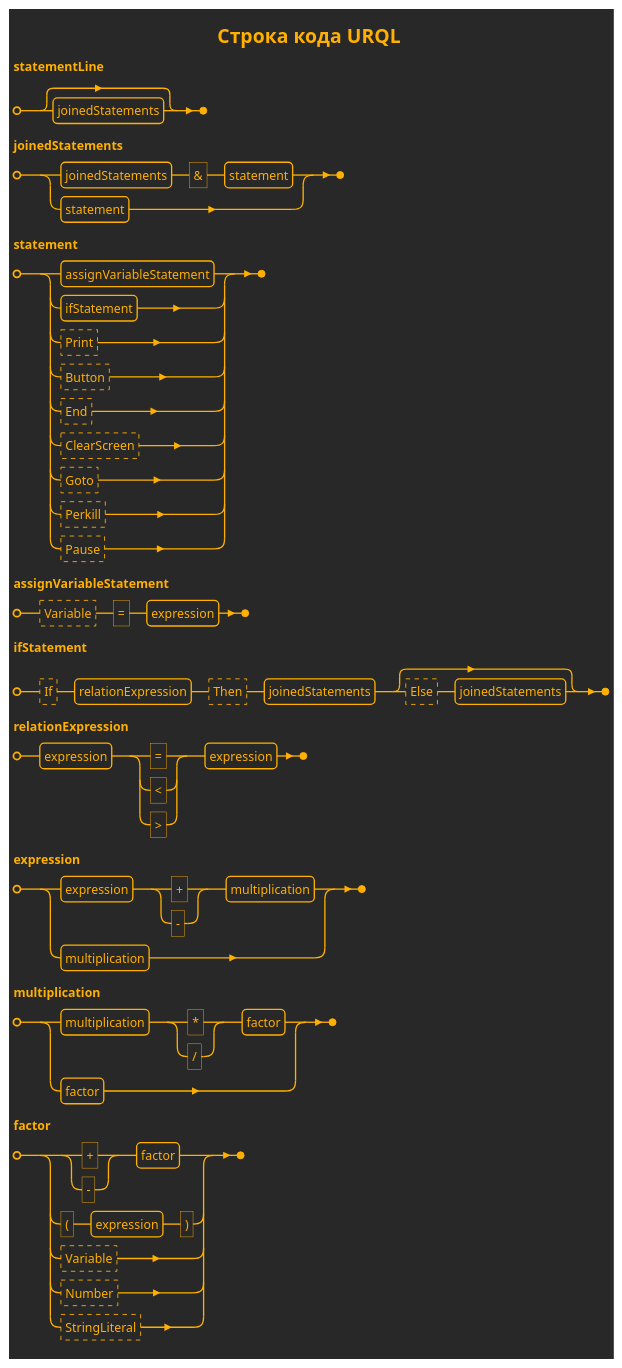
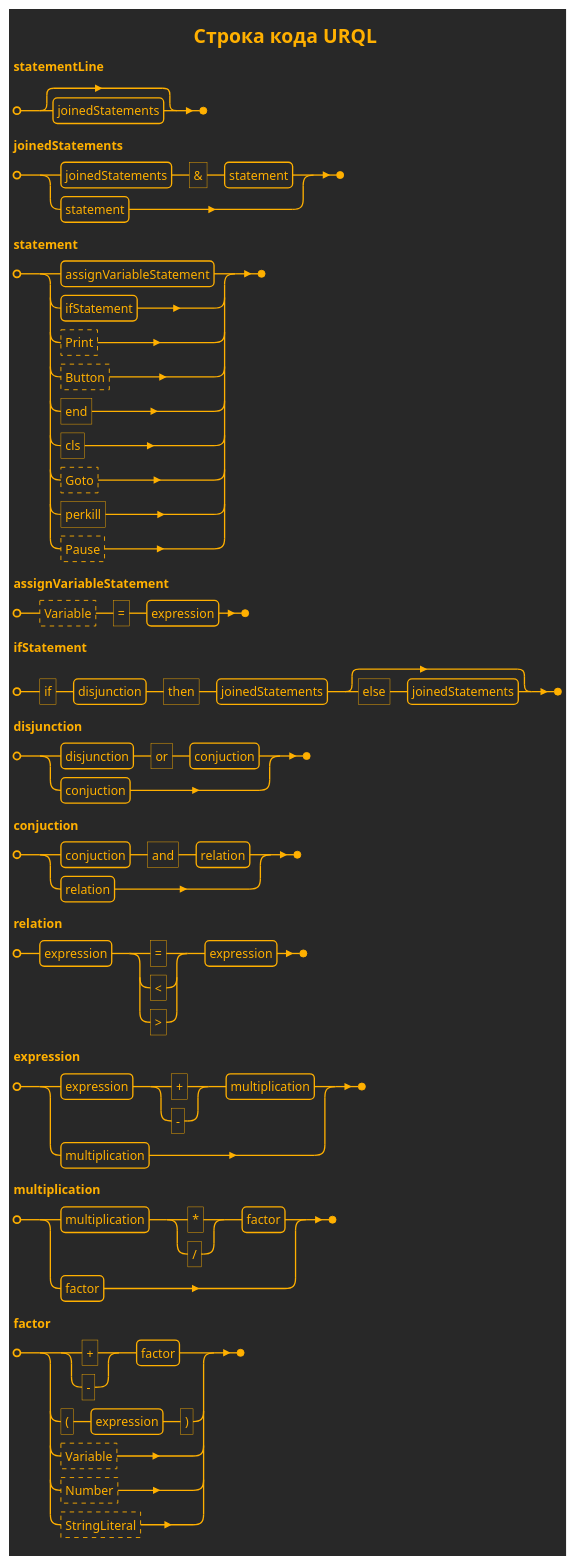
Before and after one commit to realsonic/MURQ: the first of 13 diagrams in Domain/MURQ.Domain/URQL/docs/URQL Lines Syntax.md, drawn with PlantUML. The commit also changed other lines of this file and 14 other files, not shown here.

````diff
--- a/Domain/MURQ.Domain/URQL/docs/URQL Lines Syntax.md
+++ b/Domain/MURQ.Domain/URQL/docs/URQL Lines Syntax.md
@@ -2,46 +2,54 @@
 ```plantuml
 @startebnf URQL Line
 !theme crt-amber
 ' skinparam monochrome reverse
 
 title Строка кода URQL
 
 statementLine = [ joinedStatements ];
 
 joinedStatements = 
       joinedStatements, '&', statement
     | statement;
 
 statement =
     assignVariableStatement
   | ifStatement
   | ?Print?
   | ?Button?
-  | ?End?
-  | ?ClearScreen?
+  | 'end'
+  | 'cls'
   | ?Goto?
-  | ?Perkill?
+  | 'perkill'
   | ?Pause?;
 
 assignVariableStatement = ?Variable?,  '=', expression;
 
-ifStatement = ?If?, relationExpression, ?Then?, joinedStatements, [ ?Else?, joinedStatements ];
+ifStatement = 'if', disjunction, 'then', joinedStatements, [ 'else', joinedStatements ];
 
-relationExpression = expression, ('=' | '<' | '>'), expression;
+disjunction =
+    disjunction, 'or', conjuction
+  | conjuction;
+
+conjuction =
+    conjuction, 'and', relation
+  | relation;
+
+relation = expression, ('=' | '<' | '>'), expression;
 
 expression =
     expression, ('+' | '-'), multiplication
   | multiplication;
 
 multiplication =
     multiplication, ('*' | "/"), factor
   | factor;
 
 factor =
     ('+' | '-'), factor
   | '(', expression, ')'
   | ?Variable?
   | ?Number?
   | ?StringLiteral?;
 @endebnf
 ```
````
